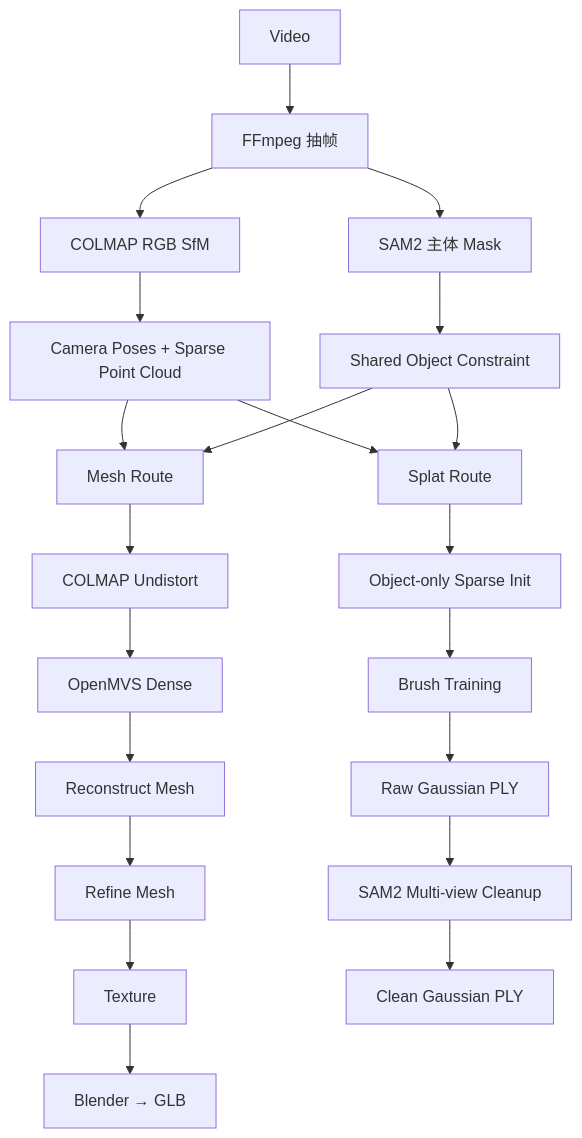
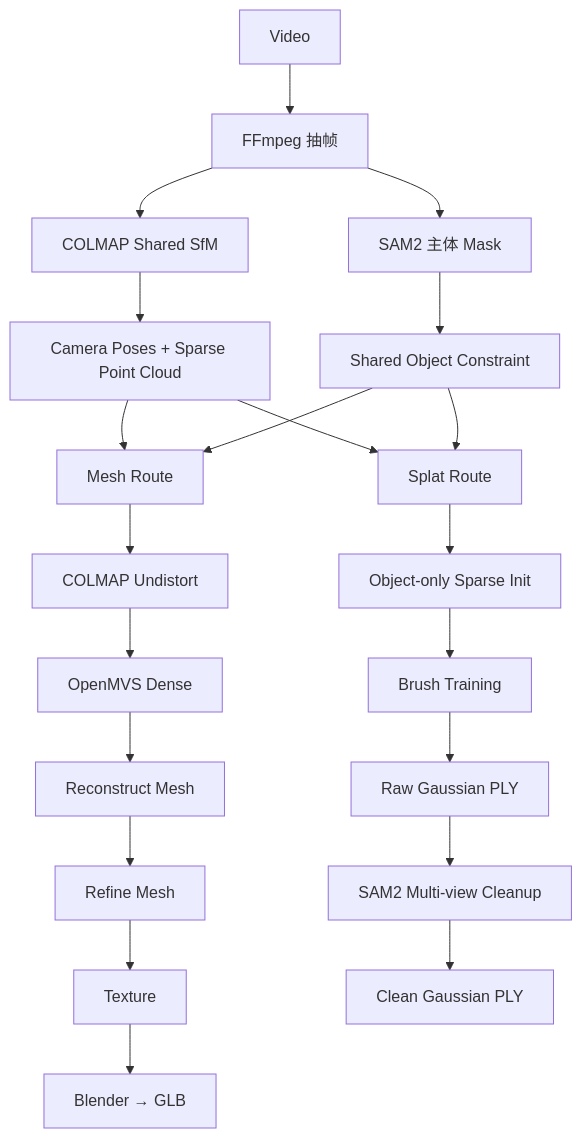
Before and after one commit to HUliangwei/Videoto3D: the diagram in README.md, drawn with Mermaid. The commit also changed other lines of this file and 29 other files, not shown here.

````diff
--- a/README.md
+++ b/README.md
@@ -38,25 +67,25 @@
 ```mermaid
 flowchart TD
     A[Video] --> B[FFmpeg 抽帧]
     B --> C[SAM2 主体 Mask]
-    B --> D[COLMAP RGB SfM]
+    B --> D[COLMAP Shared SfM]
     C --> E[Shared Object Constraint]
     D --> F[Camera Poses + Sparse Point Cloud]
 
     F --> G[Mesh Route]
     E --> G
     G --> G1[COLMAP Undistort]
     G1 --> G2[OpenMVS Dense]
     G2 --> G3[Reconstruct Mesh]
     G3 --> G4[Refine Mesh]
     G4 --> G5[Texture]
     G5 --> G6[Blender → GLB]
 
     F --> H[Splat Route]
     E --> H
     H --> H1[Object-only Sparse Init]
     H1 --> H2[Brush Training]
     H2 --> H3[Raw Gaussian PLY]
     H3 --> H4[SAM2 Multi-view Cleanup]
     H4 --> H5[Clean Gaussian PLY]
 ```
````
